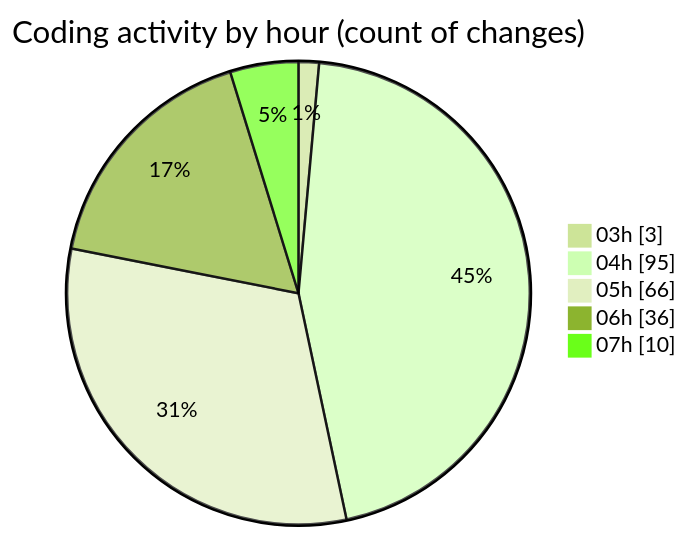
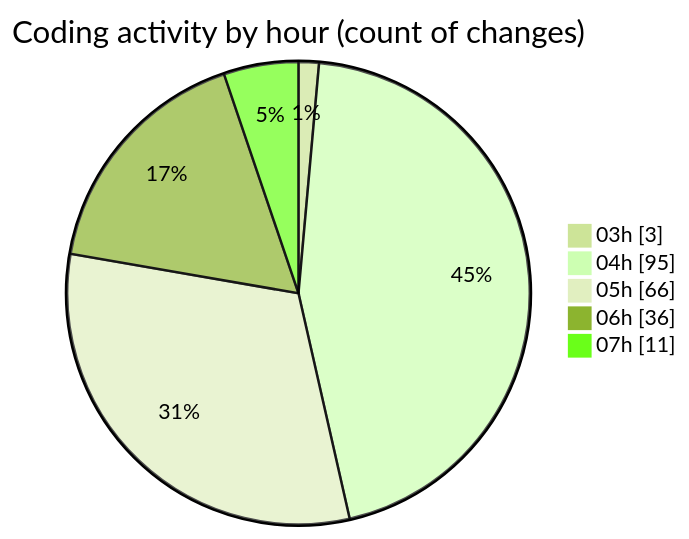
Before and after one commit to ernivani/code-tracking: the second of 2 diagrams in 2025-01-03/tinycms/README.md, drawn with Mermaid (forest theme). The commit also changed other lines of this file and 4 other files, not shown here.

````diff
--- a/2025-01-03/tinycms/README.md
+++ b/2025-01-03/tinycms/README.md
@@ -71,9 +71,9 @@
 ```mermaid
 pie showData
 title Coding activity by hour (count of changes)
 "03h" : 3
 "04h" : 95
 "05h" : 66
 "06h" : 36
-"07h" : 10
+"07h" : 11
 ```
````
